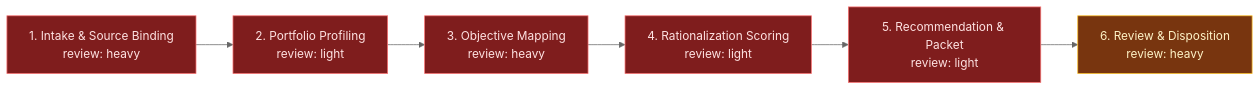
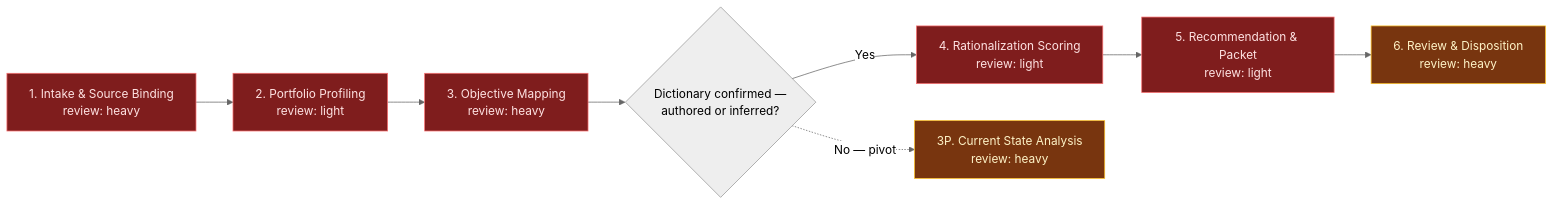
The diagram in flow-foundry/review-flowspaces/portfolio-rationalization/HUB.md (RafySauce/flow-lab), drawn with Mermaid (neutral theme) before and after one commit. The commit also changed other lines of this file and 7 other files, not shown here.

First line of the commit message:
Soften Stage 03's dictionary halt into an inference-and-pivot fork

````diff
--- a/flow-foundry/review-flowspaces/portfolio-rationalization/HUB.md
+++ b/flow-foundry/review-flowspaces/portfolio-rationalization/HUB.md
@@ -49,12 +50,14 @@
 ```mermaid
 flowchart LR
     S1["1. Intake &amp; Source Binding<br/>review: heavy"]:::gap --> S2["2. Portfolio Profiling<br/>review: light"]:::gap
     S2 --> S3["3. Objective Mapping<br/>review: heavy"]:::gap
-    S3 --> S4["4. Rationalization Scoring<br/>review: light"]:::gap
+    S3 --> Dict{"Dictionary confirmed —<br/>authored or inferred?"}
+    Dict -->|"Yes"| S4["4. Rationalization Scoring<br/>review: light"]:::gap
+    Dict -.->|"No — pivot"| SP["3P. Current State Analysis<br/>review: heavy"]:::heavy
     S4 --> S5["5. Recommendation &amp; Packet<br/>review: light"]:::gap
     S5 --> S6["6. Review &amp; Disposition<br/>review: heavy"]:::heavy
 
     classDef heavy fill:#78350f,stroke:#fbbf24,color:#fef3c7
     classDef light fill:#1e3a8a,stroke:#60a5fa,color:#dbeafe
     classDef gap fill:#7f1d1d,stroke:#f87171,color:#fee2e2
 ```
````
